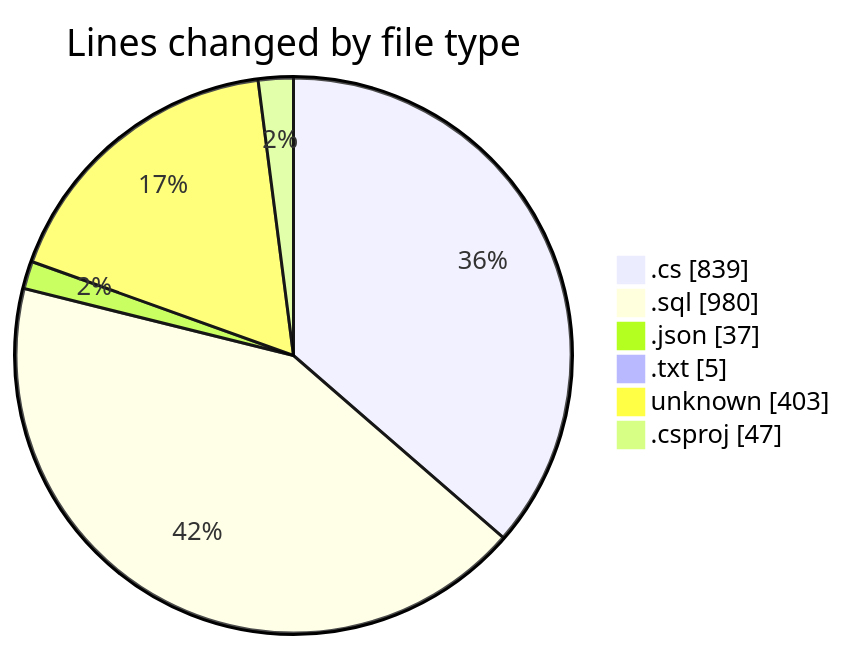
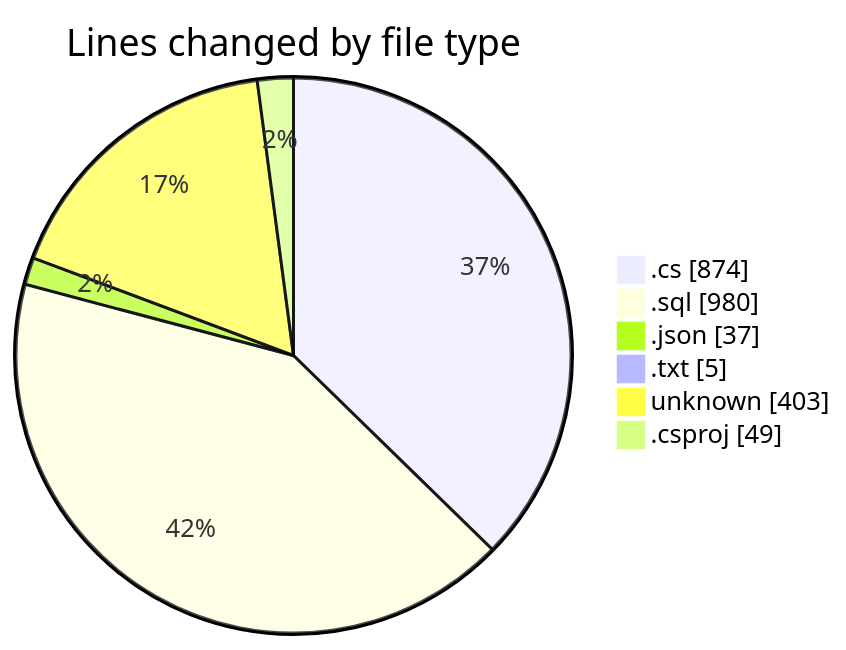
One commit to Netris89/code-tracking changed the first of 2 diagrams in 2025-04-04/back-end/README.md. Above: the diagram before and after it, drawn with Mermaid. The commit also changed other lines of this file and 1 other file, not shown here.

````diff
--- a/2025-04-04/back-end/README.md
+++ b/2025-04-04/back-end/README.md
@@ -30,10 +30,10 @@
 ```mermaid
 pie showData
 title Lines changed by file type
-".cs" : 839
+".cs" : 874
 ".sql" : 980
 ".json" : 37
 ".txt" : 5
 "unknown" : 403
-".csproj" : 47
+".csproj" : 49
 ```
````
